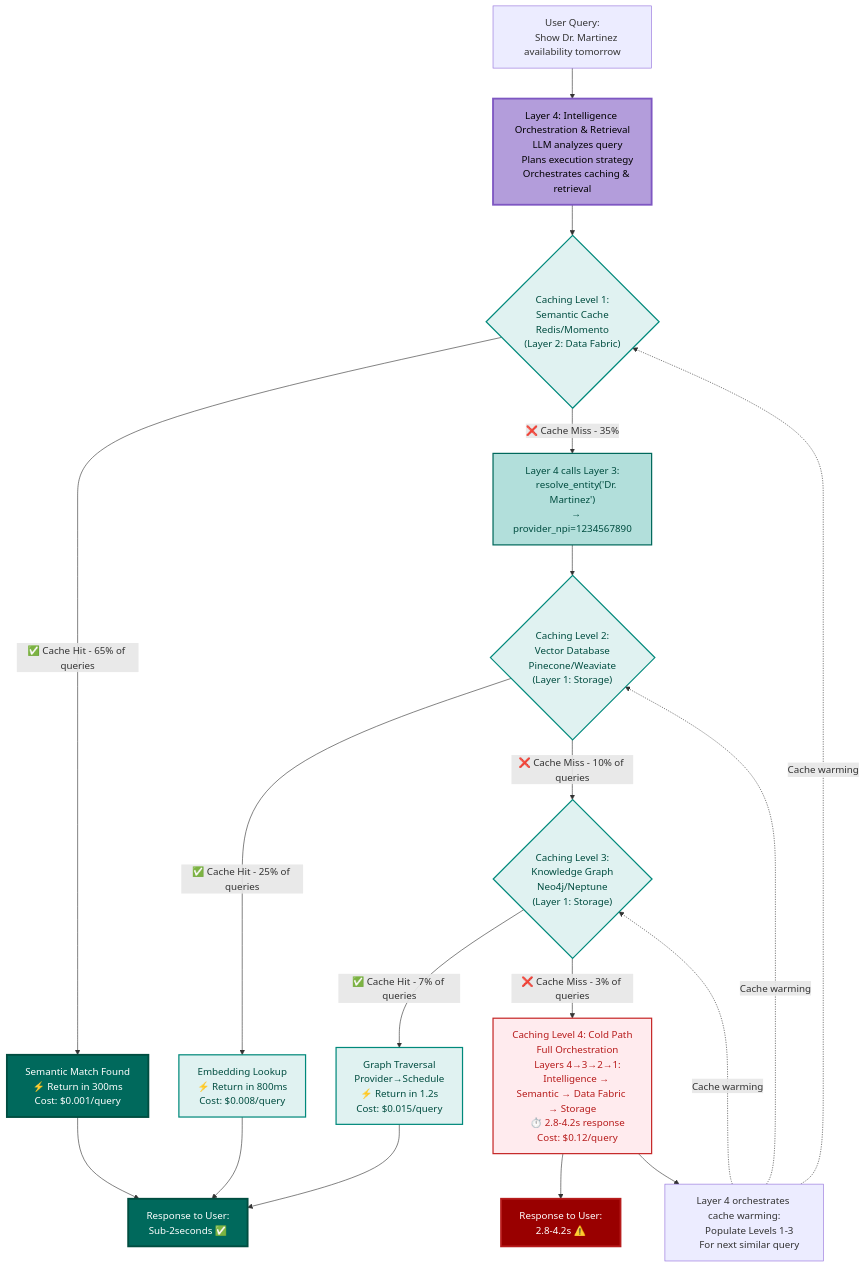
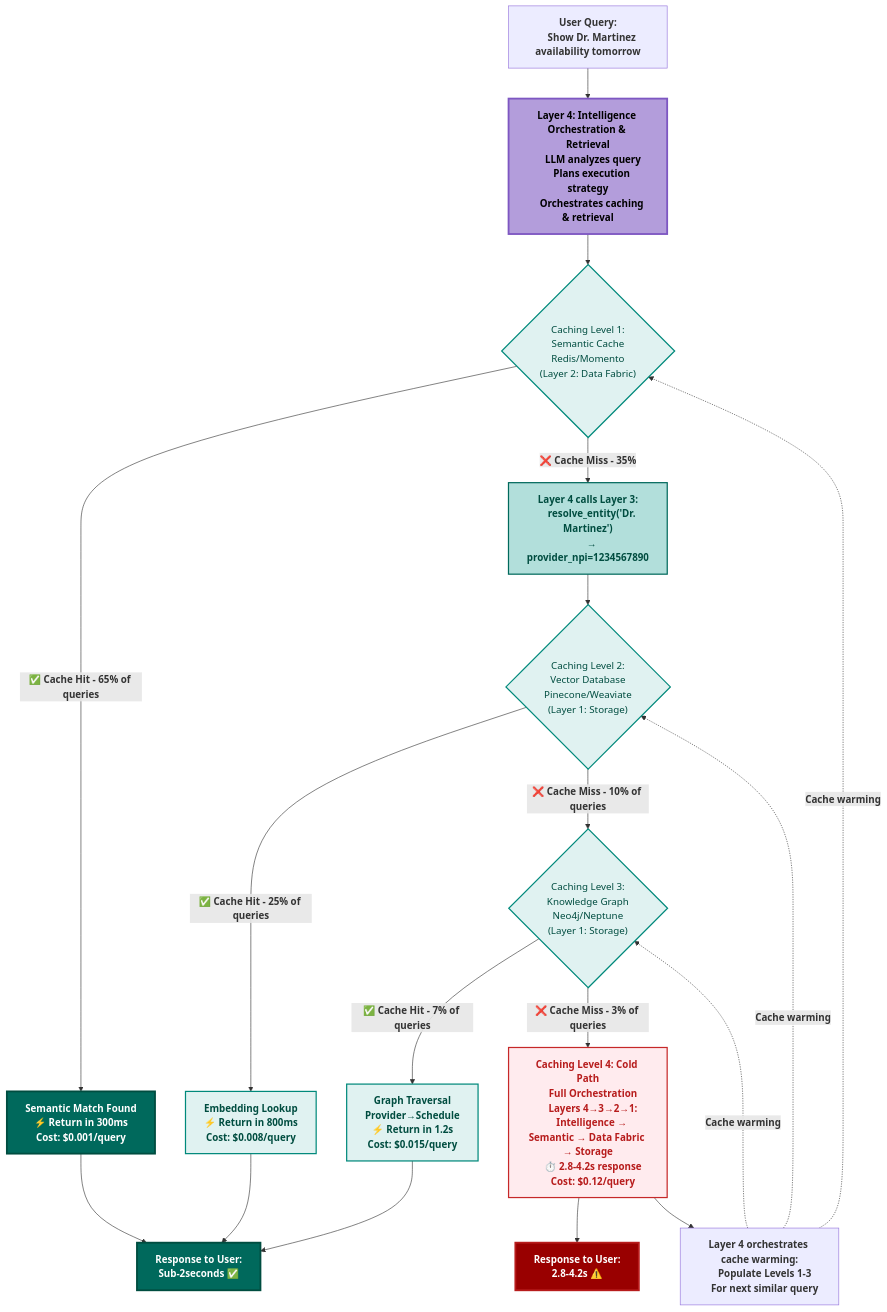
One commit to colaberry/enterprise-data-readiness-ai-agents changed the fifth of 11 diagrams in chapter-02/chapter_2_complete.md. Above: the diagram before and after it, drawn with Mermaid. The commit also changed other lines of this file and 1 other file, not shown here.

````diff
--- a/chapter-02/chapter_2_complete.md
+++ b/chapter-02/chapter_2_complete.md
@@ -701,77 +686,77 @@
 ```mermaid
 graph TD
-    Q["User Query:
-    Show Dr. Martinez availability tomorrow"]
+    Q["<b>User Query:
+    Show Dr. Martinez availability tomorrow</b>"]
     
-    Q --> L4["Layer 4: Intelligence Orchestration & Retrieval
+    Q --> L4["<b>Layer 4: Intelligence Orchestration & Retrieval
     LLM analyzes query
     Plans execution strategy
-    Orchestrates caching & retrieval"]
+    Orchestrates caching & retrieval</b>"]
     
     L4 --> L1{"Caching Level 1:
     Semantic Cache
     Redis/Momento
     (Layer 2: Data Fabric)"}
     
-    L1 -->|✅ Cache Hit - 65% of queries| C1["Semantic Match Found
+    L1 -->|<b>✅ Cache Hit - 65% of queries</b>| C1["<b>Semantic Match Found
     ⚡ Return in 300ms
-    Cost: $0.001/query"]
+    Cost: $0.001/query</b>"]
     
-    L1 -->|❌ Cache Miss - 35%| RESOLVE["Layer 4 calls Layer 3:
+    L1 -->|<b>❌ Cache Miss - 35%</b>| RESOLVE["<b>Layer 4 calls Layer 3:
     resolve_entity('Dr. Martinez')
-    → provider_npi=1234567890"]
+    → provider_npi=1234567890</b>"]
     
     RESOLVE --> L2{"Caching Level 2:
     Vector Database
     Pinecone/Weaviate
     (Layer 1: Storage)"}
     
-    L2 -->|✅ Cache Hit - 25% of queries| C2["Embedding Lookup
+    L2 -->|<b>✅ Cache Hit - 25% of queries</b>| C2["<b>Embedding Lookup
     ⚡ Return in 800ms
-    Cost: $0.008/query"]
+    Cost: $0.008/query</b>"]
     
-    L2 -->|❌ Cache Miss - 10% of queries| L3{"Caching Level 3:
+    L2 -->|<b>❌ Cache Miss - 10% of queries</b>| L3{"Caching Level 3:
     Knowledge Graph
     Neo4j/Neptune
     (Layer 1: Storage)"}
     
-    L3 -->|✅ Cache Hit - 7% of queries| C3["Graph Traversal
+    L3 -->|<b>✅ Cache Hit - 7% of queries</b>| C3["<b>Graph Traversal
     Provider→Schedule
     ⚡ Return in 1.2s
-    Cost: $0.015/query"]
+    Cost: $0.015/query</b>"]
     
-    L3 -->|❌ Cache Miss - 3% of queries| COLD["Caching Level 4: Cold Path
+    L3 -->|<b>❌ Cache Miss - 3% of queries</b>| COLD["<b>Caching Level 4: Cold Path
     Full Orchestration
     Layers 4→3→2→1:
     Intelligence → Semantic → Data Fabric → Storage
     ⏱️ 2.8-4.2s response
-    Cost: $0.12/query"]
+    Cost: $0.12/query</b>"]
     
-    C1 --> R["Response to User:
-    Sub-2seconds ✅"]
+    C1 --> R["<b>Response to User:
+    Sub-2seconds ✅</b>"]
     C2 --> R
     C3 --> R
-    COLD --> SLOW["Response to User:
-    2.8-4.2s ⚠️"]
+    COLD --> SLOW["<b>Response to User:
+    2.8-4.2s ⚠️</b>"]
     
-    COLD --> U["Layer 4 orchestrates cache warming:
+    COLD --> U["<b>Layer 4 orchestrates cache warming:
     Populate Levels 1-3
-    For next similar query"]
+    For next similar query</b>"]
     
-    U -.->|Cache warming| L1
-    U -.->|Cache warming| L2
-    U -.->|Cache warming| L3
+    U -.->|<b>Cache warming</b>| L1
+    U -.->|<b>Cache warming</b>| L2
+    U -.->|<b>Cache warming</b>| L3
     
     style L4 fill:#b39ddb,stroke:#7e57c2,stroke-width:3px,color:#000000
     style RESOLVE fill:#b2dfdb,stroke:#00695c,stroke-width:2px,color:#004d40
     style C1 fill:#00695c,color:#ffffff,stroke:#004d40,stroke-width:3px
     style C2 fill:#e0f2f1,stroke:#00897b,stroke-width:2px,color:#004d40
     style C3 fill:#e0f2f1,stroke:#00897b,stroke-width:2px,color:#004d40
     style COLD fill:#ffebee,stroke:#c62828,stroke-width:2px,color:#b71c1c
     style R fill:#00695c,color:#ffffff,stroke:#004d40,stroke-width:3px
     style SLOW fill:#990000,color:#ffffff,stroke:#b71c1c,stroke-width:3px
     
     style L1 fill:#e0f2f1,stroke:#00897b,stroke-width:2px,color:#004d40
     style L2 fill:#e0f2f1,stroke:#00897b,stroke-width:2px,color:#004d40
     style L3 fill:#e0f2f1,stroke:#00897b,stroke-width:2px,color:#004d40
 ```
````
